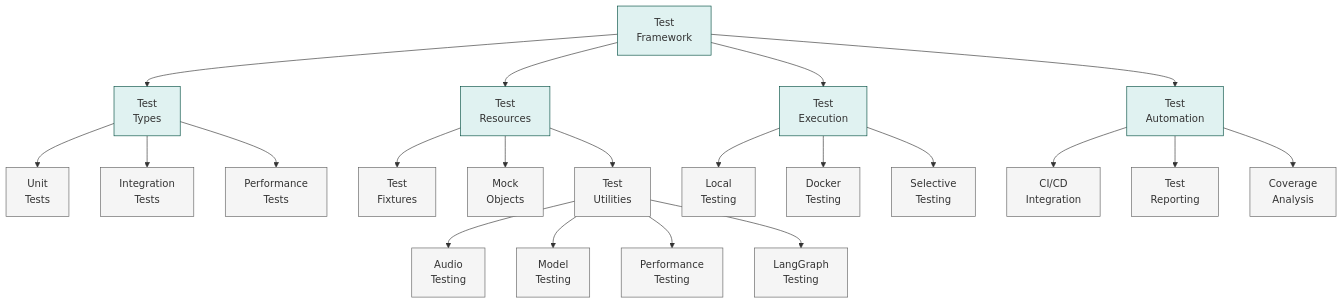
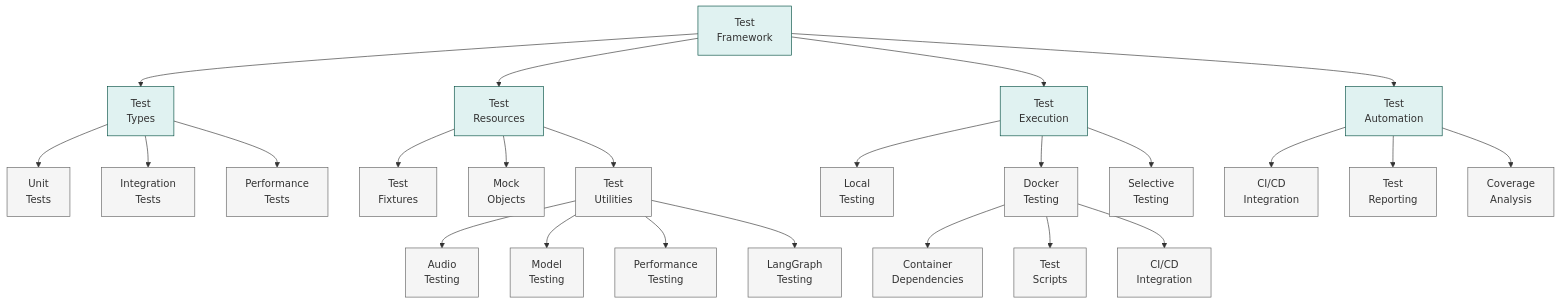
The ninth of 9 diagrams in KNOWLEDGE_GRAPH.md (vigil-313/VANTA-ALPHA), drawn with Mermaid before and after one commit. The commit also changed other lines of this file and 8 other files, not shown here.

````diff
--- a/KNOWLEDGE_GRAPH.md
+++ b/KNOWLEDGE_GRAPH.md
@@ -748,35 +758,39 @@
 ```mermaid
 graph TD
     TF["Test<br/>Framework"] --> TF1["Test<br/>Types"]
     TF --> TF2["Test<br/>Resources"]
     TF --> TF3["Test<br/>Execution"]
     TF --> TF4["Test<br/>Automation"]
     
     TF1 --> TF1A["Unit<br/>Tests"]
     TF1 --> TF1B["Integration<br/>Tests"]
     TF1 --> TF1C["Performance<br/>Tests"]
     
     TF2 --> TF2A["Test<br/>Fixtures"]
     TF2 --> TF2B["Mock<br/>Objects"]
     TF2 --> TF2C["Test<br/>Utilities"]
     
     TF2C --> TF2C1["Audio<br/>Testing"]
     TF2C --> TF2C2["Model<br/>Testing"]
     TF2C --> TF2C3["Performance<br/>Testing"]
     TF2C --> TF2C4["LangGraph<br/>Testing"]
     
     TF3 --> TF3A["Local<br/>Testing"]
     TF3 --> TF3B["Docker<br/>Testing"]
     TF3 --> TF3C["Selective<br/>Testing"]
     
+    TF3B --> TF3B1["Container<br/>Dependencies"]
+    TF3B --> TF3B2["Test<br/>Scripts"]
+    TF3B --> TF3B3["CI/CD<br/>Integration"]
+    
     TF4 --> TF4A["CI/CD<br/>Integration"]
     TF4 --> TF4B["Test<br/>Reporting"]
     TF4 --> TF4C["Coverage<br/>Analysis"]
     
     classDef main fill:#e0f2f1,stroke:#004d40,stroke-width:1px
     classDef sub fill:#f5f5f5,stroke:#616161,stroke-width:1px
     
     class TF main
     class TF1,TF2,TF3,TF4 main
-    class TF1A,TF1B,TF1C,TF2A,TF2B,TF2C,TF3A,TF3B,TF3C,TF4A,TF4B,TF4C,TF2C1,TF2C2,TF2C3,TF2C4 sub
+    class TF1A,TF1B,TF1C,TF2A,TF2B,TF2C,TF3A,TF3B,TF3C,TF4A,TF4B,TF4C,TF2C1,TF2C2,TF2C3,TF2C4,TF3B1,TF3B2,TF3B3 sub
 ```
````
